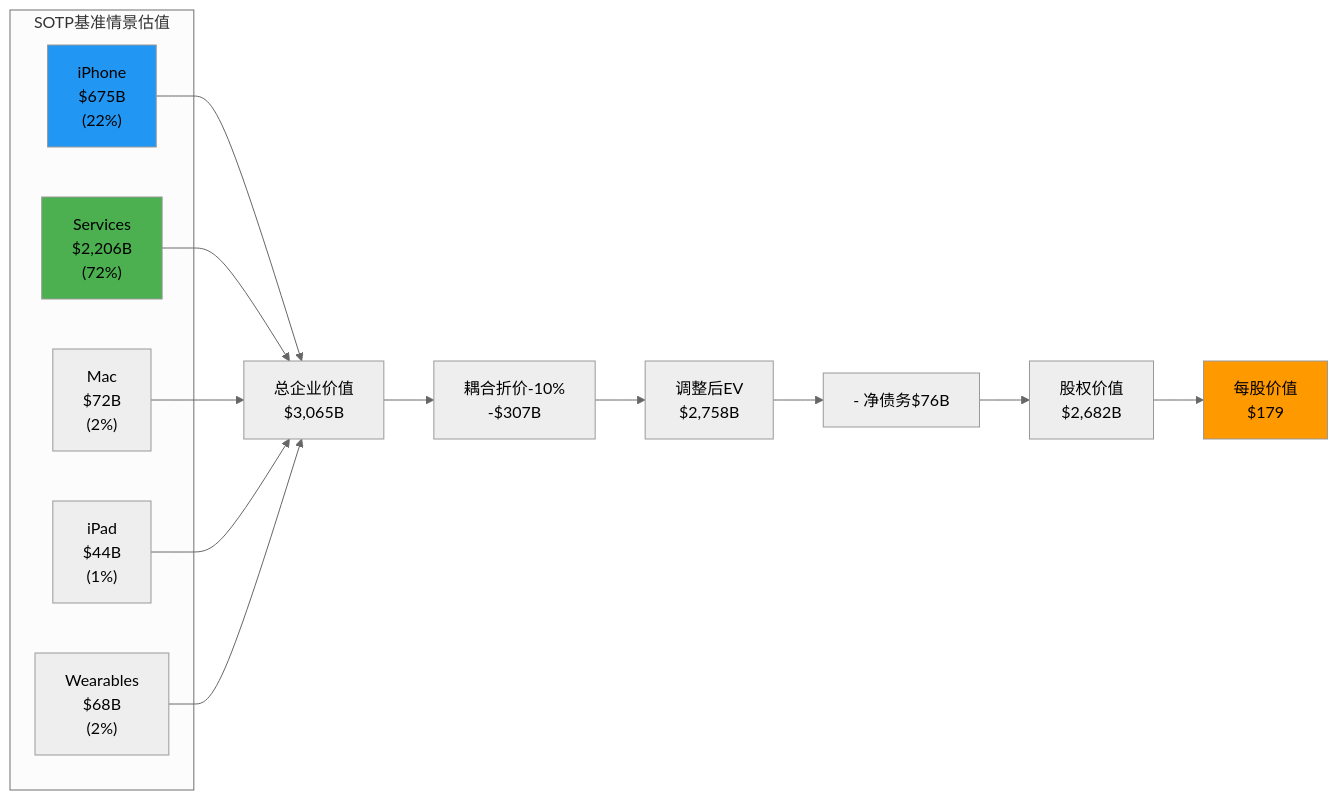
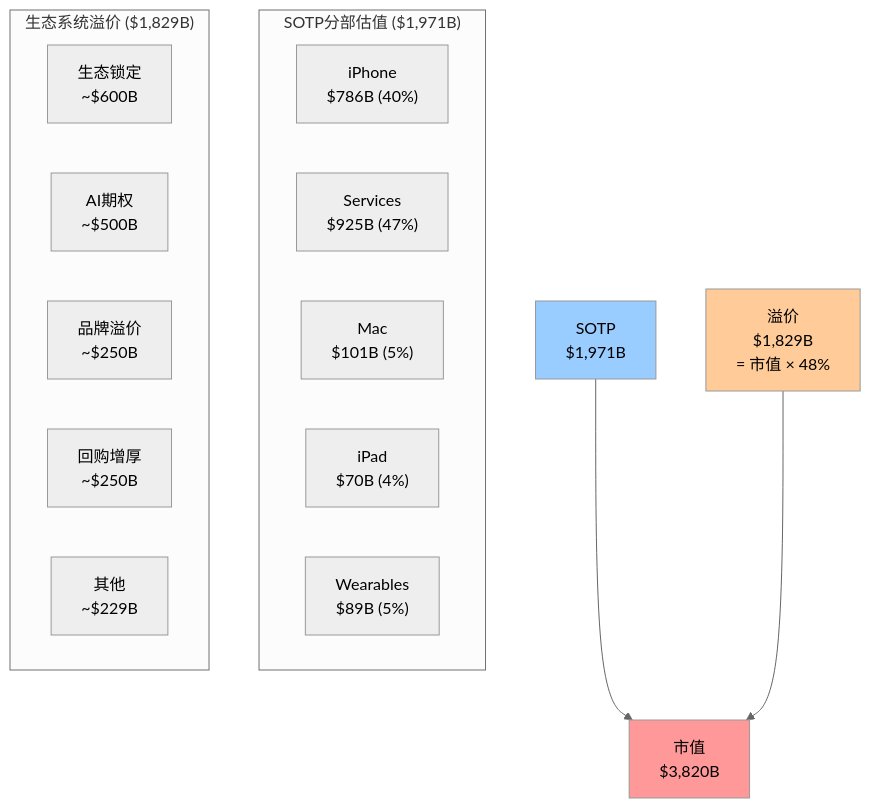
Before and after one commit to miltonnewyork25-afk/investment-master: the third of 6 diagrams in reports/AAPL/staging/AAPL_P1_AgentC.md, drawn with Mermaid (neutral theme). The commit also changed other lines of this file and 2 other files, not shown here.

````diff
--- a/reports/AAPL/staging/AAPL_P1_AgentC.md
+++ b/reports/AAPL/staging/AAPL_P1_AgentC.md
@@ -256,24 +377,25 @@
 ```mermaid
-graph LR
-    subgraph "SOTP基准情景估值"
-        IP["iPhone<br>$675B<br>(22%)"]
-        SV["Services<br>$2,206B<br>(72%)"]
-        MC["Mac<br>$72B<br>(2%)"]
-        PD["iPad<br>$44B<br>(1%)"]
-        WR["Wearables<br>$68B<br>(2%)"]
+graph TD
+    subgraph "SOTP分部估值 ($1,971B)"
+        iPhone["iPhone<br/>$786B (40%)"]
+        Services["Services<br/>$925B (47%)"]
+        Mac["Mac<br/>$101B (5%)"]
+        iPad["iPad<br/>$70B (4%)"]
+        Wearables["Wearables<br/>$89B (5%)"]
     end
-    IP --> SUM["总企业价值<br>$3,065B"]
-    SV --> SUM
-    MC --> SUM
-    PD --> SUM
-    WR --> SUM
-    SUM --> DISC["耦合折价-10%<br>-$307B"]
-    DISC --> ADJ["调整后EV<br>$2,758B"]
-    ADJ --> ND["- 净债务$76B"]
-    ND --> EQ["股权价值<br>$2,682B"]
-    EQ --> PS["每股价值<br>$179"]
 
-    style SV fill:#4CAF50
-    style IP fill:#2196F3
-    style PS fill:#ff9900
+    subgraph "生态系统溢价 ($1,829B)"
+        Lock["生态锁定<br/>~$600B"]
+        AI["AI期权<br/>~$500B"]
+        Brand["品牌溢价<br/>~$250B"]
+        Buyback_Prem["回购增厚<br/>~$250B"]
+        Other["其他<br/>~$229B"]
+    end
+
+    SOTP["SOTP<br/>$1,971B"] --> Market["市值<br/>$3,820B"]
+    Premium["溢价<br/>$1,829B<br/>= 市值 × 48%"] --> Market
+
+    style Market fill:#ff9999
+    style SOTP fill:#99ccff
+    style Premium fill:#ffcc99
 ```
````
